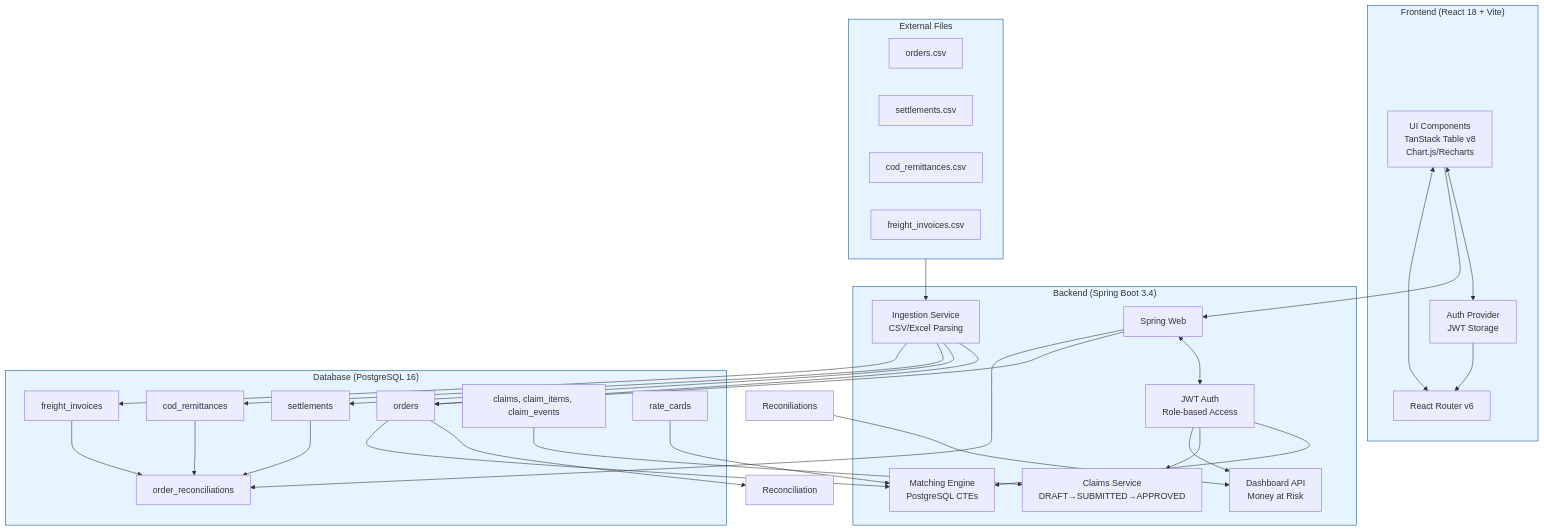
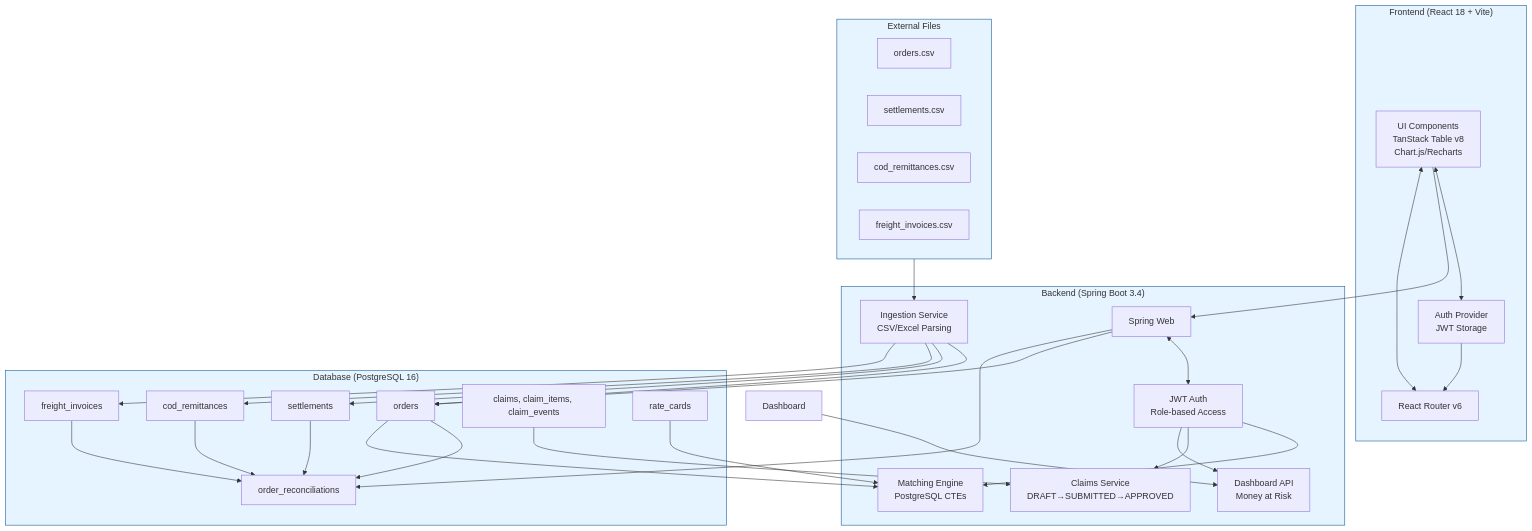
The first of 2 diagrams in README.md (slayer-ak4sh/ReconcileIQ), drawn with Mermaid before and after one commit. The commit also changed 25 other files, not shown here.

````diff
--- a/README.md
+++ b/README.md
@@ -7,62 +7,62 @@
 ```mermaid
 graph TD
     subgraph Frontend["Frontend (React 18 + Vite)"]
         UI[UI Components<br/>TanStack Table v8<br/>Chart.js/Recharts]
         Auth[Auth Provider<br/>JWT Storage]
         Router[React Router v6]
     end
     
     subgraph Backend["Backend (Spring Boot 3.4)"]
         Web[Spring Web]
         Security[JWT Auth<br/>Role-based Access]
         Ingestion[Ingestion Service<br/>CSV/Excel Parsing]
         Matching[Matching Engine<br/>PostgreSQL CTEs]
         Claims[Claims Service<br/>DRAFT→SUBMITTED→APPROVED]
         DashBoard[Dashboard API<br/>Money at Risk]
     end
     
     subgraph DB["Database (PostgreSQL 16)"]
         Orders[orders]
-        Reconciliations[order_reconciliations]
+        Reconciliation[order_reconciliations]
         Settlements[settlements]
         CodRem[cod_remittances]
         Freight[freight_invoices]
         ClaimsDB[claims, claim_items, claim_events]
         RateCards[rate_cards]
     end
     
     subgraph External["External Files"]
         OrdersCSV[orders.csv]
         SettlementsCSV[settlements.csv]
         CodCSV[cod_remittances.csv]
         FreightCSV[freight_invoices.csv]
     end
     
     External --> Ingestion
     Ingestion --> Orders
     Ingestion --> Settlements
     Ingestion --> CodRem
     Ingestion --> Freight
     Orders --> Reconciliation
-    Settlements --> Reconciliations
-    CodRem --> Reconciliations
-    Freight --> Reconciliations
+    Settlements --> Reconciliation
+    CodRem --> Reconciliation
+    Freight --> Reconciliation
     RateCards --> Matching
-    Reconiliations --> DashBoard
+    Dashboard --> DashBoard
     Orders --> Matching
     ClaimsDB --> Claims
     
     UI <--> Auth
     Auth --> Router
     Router <--> UI
     UI --> Web
     Web <--> Security
     Security --> Matching
     Security --> Claims
     Security --> DashBoard
     Web --> Orders
-    Web --> Reconciliations
+    Web --> Reconciliation
     
     classDef layer fill:#e6f4ff,stroke:#0b5394
     class Backend,Frontend,DB,External layer
 ```
````
